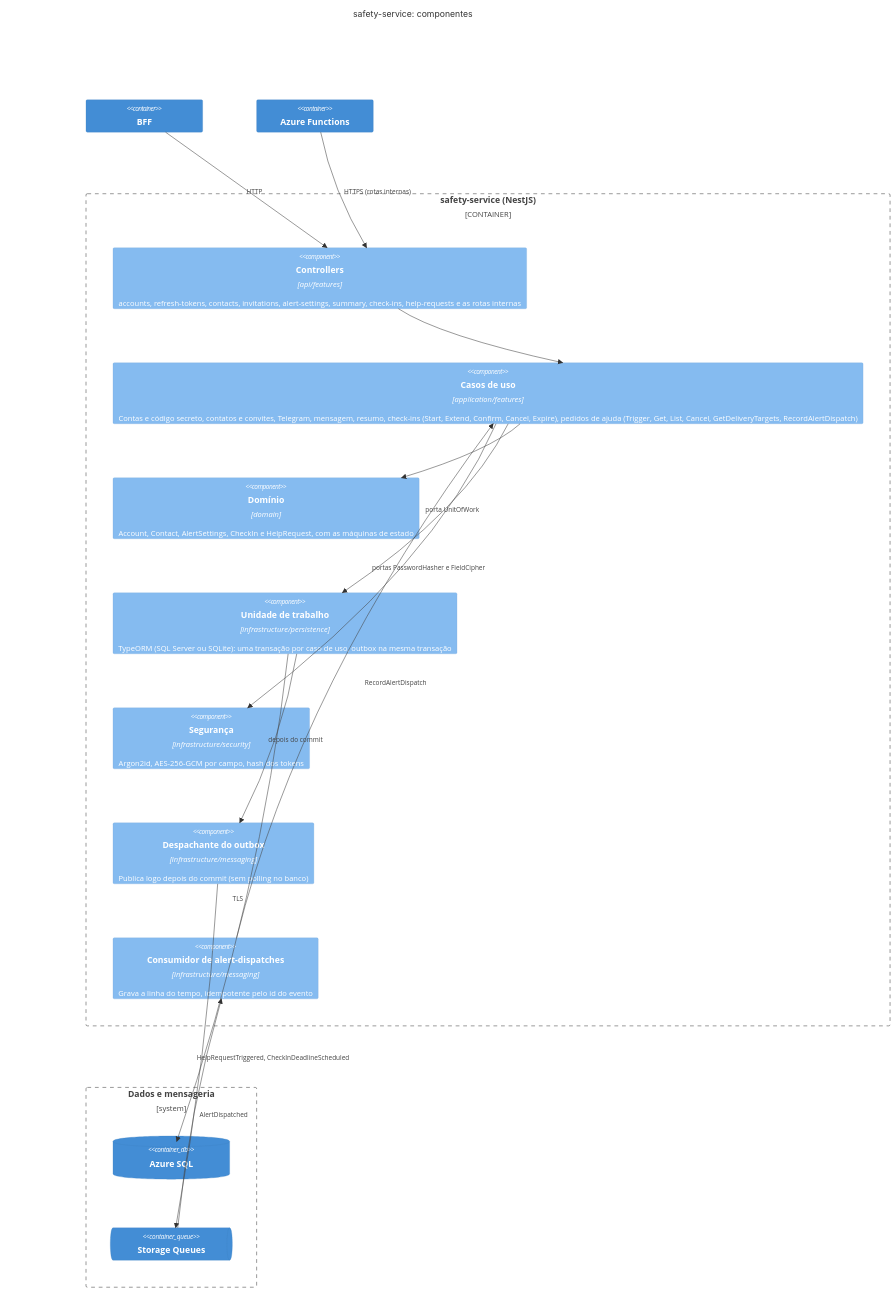
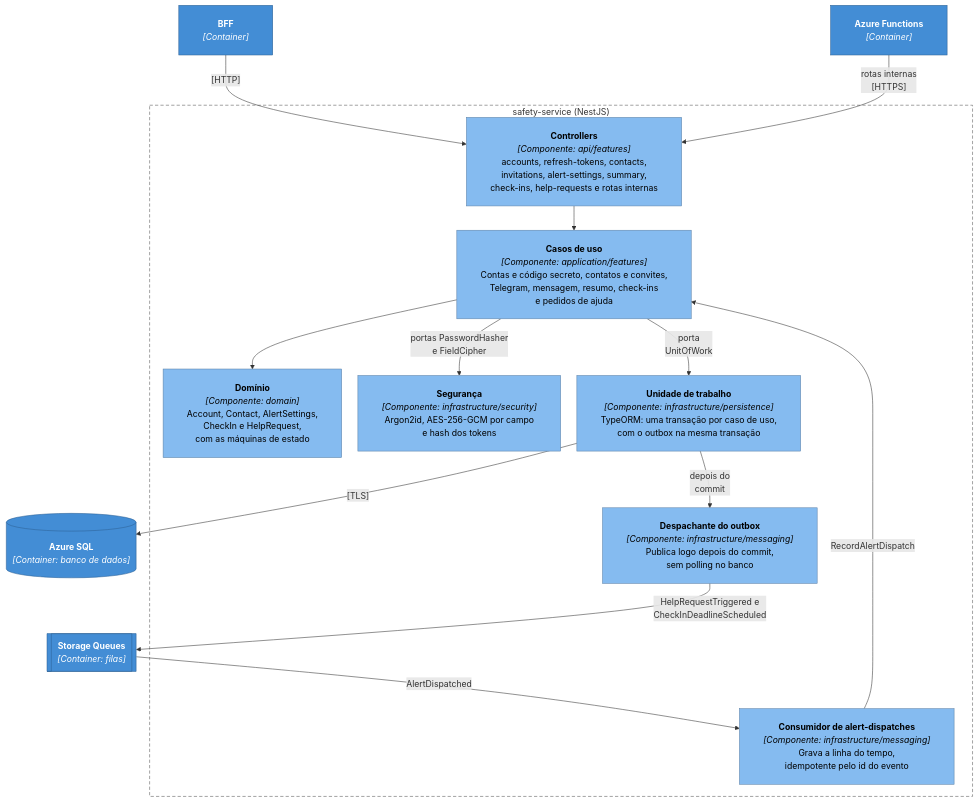
Before and after one commit to Carloslgp/Ghosty_App_Web: the fifth of 6 diagrams in ghosty-docs/c4/README.md, drawn with Mermaid. The commit also changed other lines of this file and 3 other files, not shown here.

First line of the commit message:
docs(DOC-05): diagramas do C4 e de sequência sem sobreposição no PDF

````diff
--- a/ghosty-docs/c4/README.md
+++ b/ghosty-docs/c4/README.md
@@ -142,33 +175,41 @@
 ```mermaid
-C4Component
-  title safety-service: componentes
+---
+config:
+  flowchart:
+    wrappingWidth: 420
+    nodeSpacing: 30
+    rankSpacing: 45
+    padding: 22
+---
+flowchart TB
+  classDef container fill:#438dd5,stroke:#2e6295,color:#fff
+  classDef component fill:#85bbf0,stroke:#5d82a8,color:#000
 
-  Container(bff, "BFF")
-  Container(fn, "Azure Functions")
-  Container_Boundary(ss, "safety-service (NestJS)") {
-    Component(api, "Controllers", "api/features", "accounts, refresh-tokens, contacts, invitations, alert-settings, summary, check-ins, help-requests e as rotas internas")
-    Component(handlers, "Casos de uso", "application/features", "Contas e código secreto, contatos e convites, Telegram, mensagem, resumo, check-ins (Start, Extend, Confirm, Cancel, Expire), pedidos de ajuda (Trigger, Get, List, Cancel, GetDeliveryTargets, RecordAlertDispatch)")
-    Component(domain, "Domínio", "domain", "Account, Contact, AlertSettings, CheckIn e HelpRequest, com as máquinas de estado")
-    Component(uow, "Unidade de trabalho", "infrastructure/persistence", "TypeORM (SQL Server ou SQLite): uma transação por caso de uso, outbox na mesma transação")
-    Component(security, "Segurança", "infrastructure/security", "Argon2id, AES-256-GCM por campo, hash dos tokens")
-    Component(outbox, "Despachante do outbox", "infrastructure/messaging", "Publica logo depois do commit (sem polling no banco)")
-    Component(consumer, "Consumidor de alert-dispatches", "infrastructure/messaging", "Grava a linha do tempo, idempotente pelo id do evento")
-  }
-  Boundary(data, "Dados e mensageria") {
-    ContainerDb(sql, "Azure SQL")
-    ContainerQueue(queues, "Storage Queues")
-  }
+  bff["<b>BFF</b><br><i>[Container]</i>"]:::container
+  fn["<b>Azure Functions</b><br><i>[Container]</i>"]:::container
+  subgraph ssb["safety-service (NestJS)"]
+    api["<b>Controllers</b><br><i>[Componente: api/features]</i><br>accounts, refresh-tokens, contacts,<br>invitations, alert-settings, summary,<br>check-ins, help-requests e rotas internas"]:::component
+    handlers["<b>Casos de uso</b><br><i>[Componente: application/features]</i><br>Contas e código secreto, contatos e convites,<br>Telegram, mensagem, resumo, check-ins<br>e pedidos de ajuda"]:::component
+    domain["<b>Domínio</b><br><i>[Componente: domain]</i><br>Account, Contact, AlertSettings,<br>CheckIn e HelpRequest,<br>com as máquinas de estado"]:::component
+    security["<b>Segurança</b><br><i>[Componente: infrastructure/security]</i><br>Argon2id, AES-256-GCM por campo<br>e hash dos tokens"]:::component
+    uow["<b>Unidade de trabalho</b><br><i>[Componente: infrastructure/persistence]</i><br>TypeORM: uma transação por caso de uso,<br>com o outbox na mesma transação"]:::component
+    outbox["<b>Despachante do outbox</b><br><i>[Componente: infrastructure/messaging]</i><br>Publica logo depois do commit,<br>sem polling no banco"]:::component
+    consumer["<b>Consumidor de alert-dispatches</b><br><i>[Componente: infrastructure/messaging]</i><br>Grava a linha do tempo,<br>idempotente pelo id do evento"]:::component
+  end
+  sql[("<b>Azure SQL</b><br><i>[Container: banco de dados]</i>")]:::container
+  queues[["<b>Storage Queues</b><br><i>[Container: filas]</i>"]]:::container
 
-  Rel(bff, api, "HTTP")
-  Rel(fn, api, "HTTPS (rotas internas)")
-  Rel(api, handlers, "")
-  Rel(handlers, domain, "")
-  Rel(handlers, uow, "porta UnitOfWork")
-  Rel(handlers, security, "portas PasswordHasher e FieldCipher")
-  Rel(uow, sql, "TLS")
-  Rel(uow, outbox, "depois do commit")
-  Rel(outbox, queues, "HelpRequestTriggered, CheckInDeadlineScheduled")
-  Rel(queues, consumer, "AlertDispatched")
-  Rel(consumer, handlers, "RecordAlertDispatch")
-  UpdateLayoutConfig($c4ShapeInRow="2", $c4BoundaryInRow="1")
+  bff -->|"[HTTP]"| api
+  fn -->|"rotas internas<br>[HTTPS]"| api
+  api --> handlers
+  handlers --> domain
+  handlers -->|"portas PasswordHasher<br>e FieldCipher"| security
+  handlers -->|"porta<br>UnitOfWork"| uow
+  uow -->|"[TLS]"| sql
+  uow -->|"depois do<br>commit"| outbox
+  outbox -->|"HelpRequestTriggered e<br>CheckInDeadlineScheduled"| queues
+  queues -->|"AlertDispatched"| consumer
+  consumer -->|"RecordAlertDispatch"| handlers
+
+  style ssb fill:none,stroke:#555,stroke-dasharray:6 4
 ```
````
